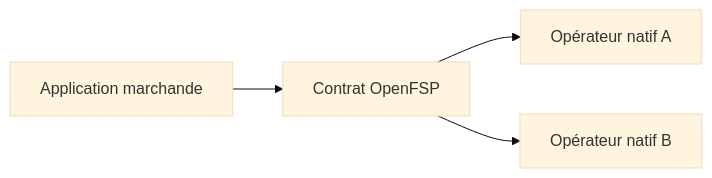
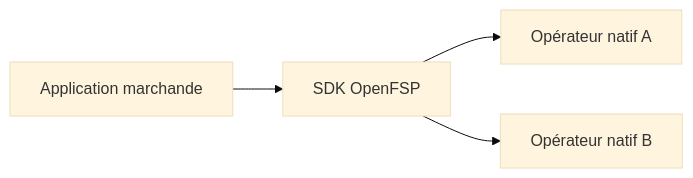
The diagram in content/docs/index.fr.mdx (openfspht/openfsp.org), drawn with Mermaid (base theme) before and after one commit. The commit also changed other lines of this file and 7 other files, not shown here.

Commit message:
docs: list SDKs as the next step in the target architecture and status

````diff
--- a/content/docs/index.fr.mdx
+++ b/content/docs/index.fr.mdx
@@ -19,6 +19,6 @@
 ```mermaid
 flowchart LR
-    A["Application marchande"] --> S["Contrat OpenFSP"]
+    A["Application marchande"] --> S["SDK OpenFSP"]
     S --> P1["Opérateur natif A"]
     S --> P2["Opérateur natif B"]
 ```
````
